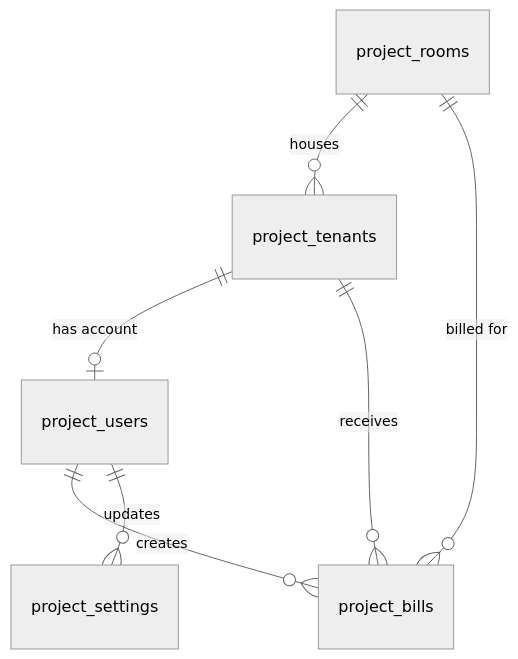
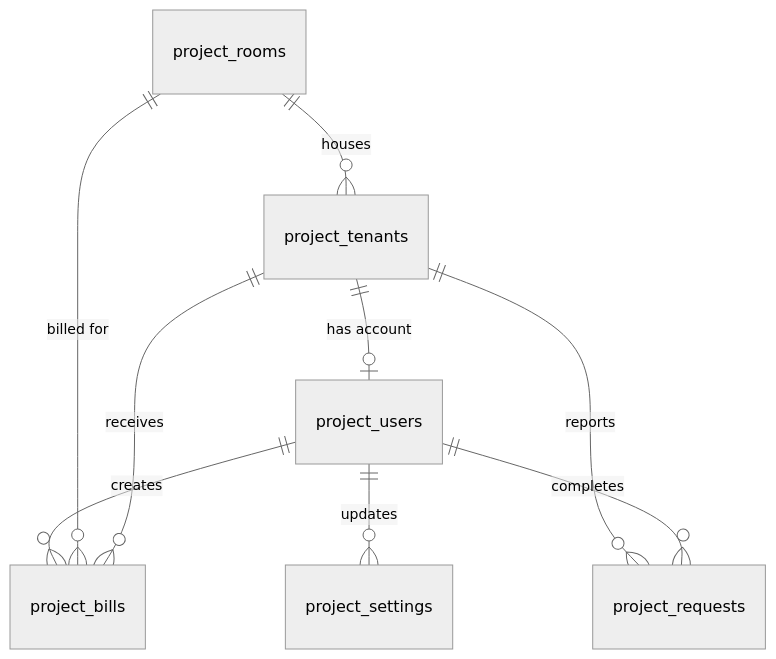
One commit to SIwa2549/Room-Ledger changed the diagram in README.md. Above: the diagram before and after it, drawn with Mermaid (neutral theme). The commit also changed other lines of this file and 9 other files, not shown here.

First line of the commit message:
Add maintenance requests for tenants and owner

````diff
--- a/README.md
+++ b/README.md
@@ -94,9 +103,11 @@
 ```mermaid
 erDiagram
     project_users ||--o{ project_bills : "creates"
     project_tenants ||--o| project_users : "has account"
     project_users ||--o{ project_settings : "updates"
     project_rooms ||--o{ project_tenants : "houses"
     project_rooms ||--o{ project_bills : "billed for"
     project_tenants ||--o{ project_bills : "receives"
+    project_tenants ||--o{ project_requests : "reports"
+    project_users ||--o{ project_requests : "completes"
 ```
````
